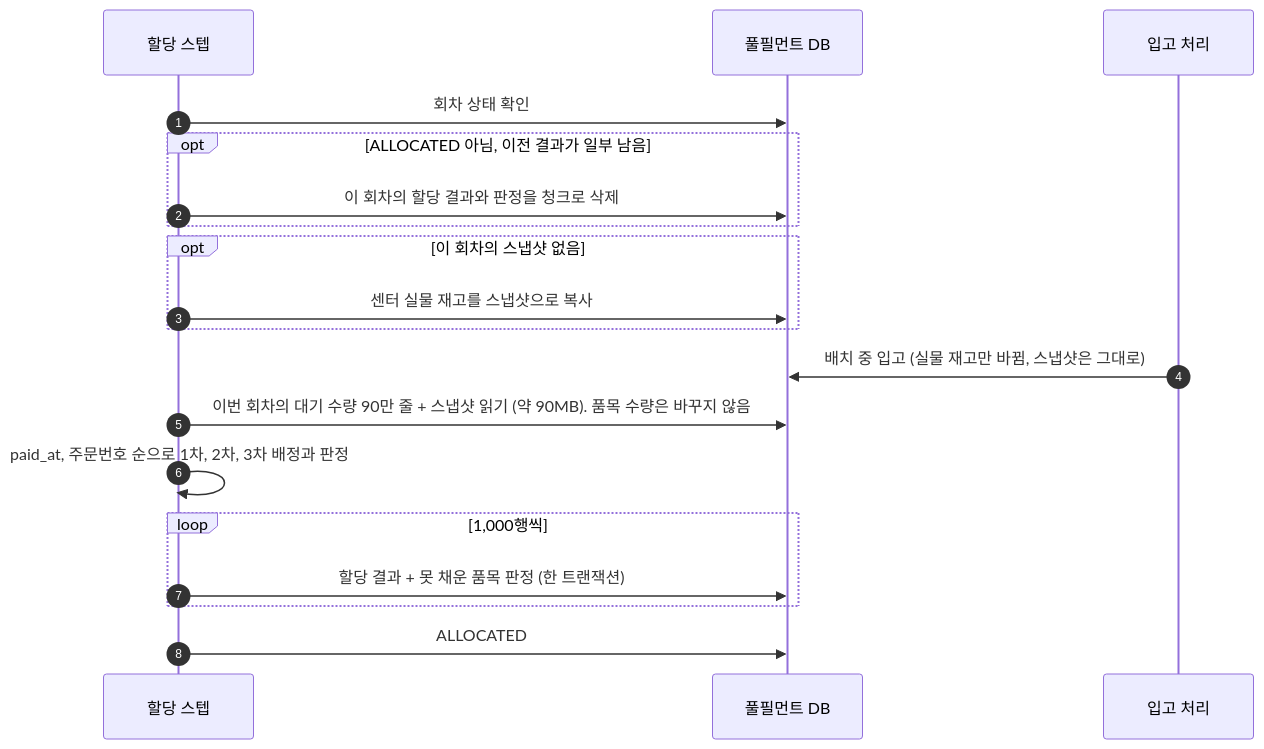
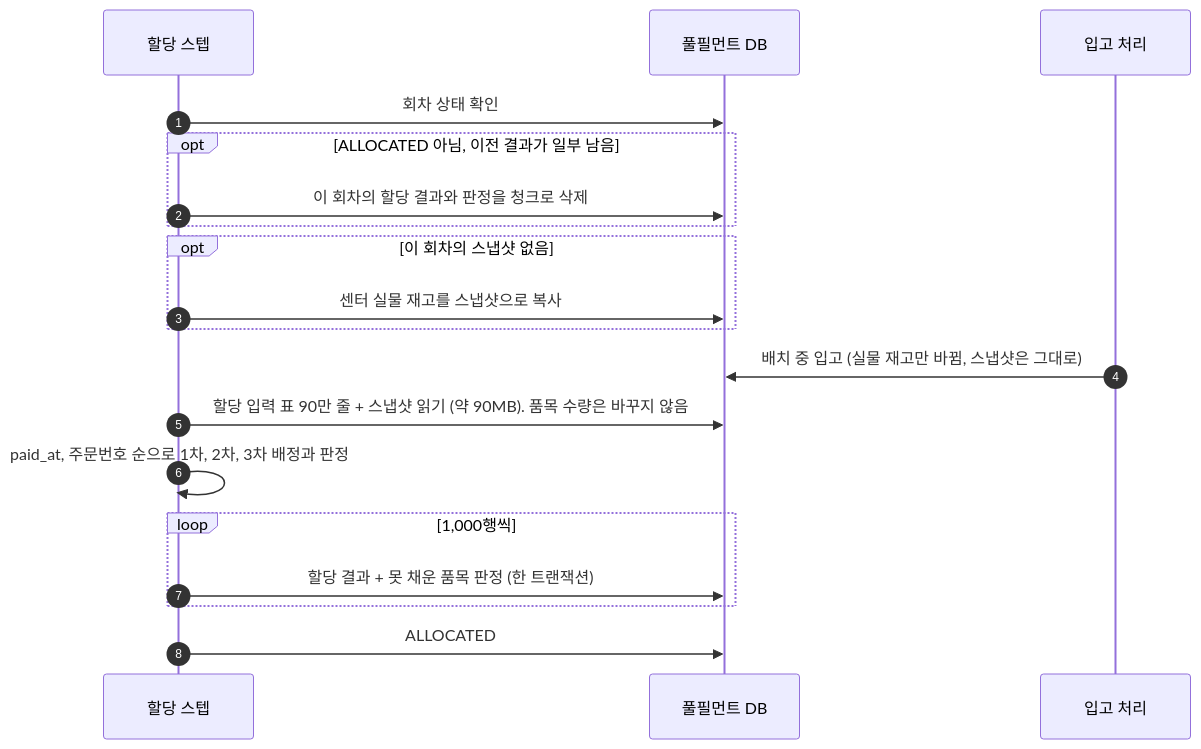
The fourth of 6 diagrams in docs/sequence/05-출고-배치.md (Bamdule/dawn-delivery-commerce), drawn with Mermaid before and after one commit. The commit also changed other lines of this file and 4 other files, not shown here.

````diff
--- a/docs/sequence/05-출고-배치.md
+++ b/docs/sequence/05-출고-배치.md
@@ -105,22 +110,22 @@
 ```mermaid
 sequenceDiagram
     autonumber
     participant 스텝 as 할당 스텝
     participant DB as 풀필먼트 DB
     participant 입고 as 입고 처리
 
     스텝->>DB: 회차 상태 확인
     opt ALLOCATED 아님, 이전 결과가 일부 남음
         스텝->>DB: 이 회차의 할당 결과와 판정을 청크로 삭제
     end
     opt 이 회차의 스냅샷 없음
         스텝->>DB: 센터 실물 재고를 스냅샷으로 복사
     end
     입고->>DB: 배치 중 입고 (실물 재고만 바뀜, 스냅샷은 그대로)
-    스텝->>DB: 이번 회차의 대기 수량 90만 줄 + 스냅샷 읽기 (약 90MB). 품목 수량은 바꾸지 않음
+    스텝->>DB: 할당 입력 표 90만 줄 + 스냅샷 읽기 (약 90MB). 품목 수량은 바꾸지 않음
     스텝->>스텝: paid_at, 주문번호 순으로 1차, 2차, 3차 배정과 판정
     loop 1,000행씩
         스텝->>DB: 할당 결과 + 못 채운 품목 판정 (한 트랜잭션)
     end
     스텝->>DB: ALLOCATED
 ```
````
